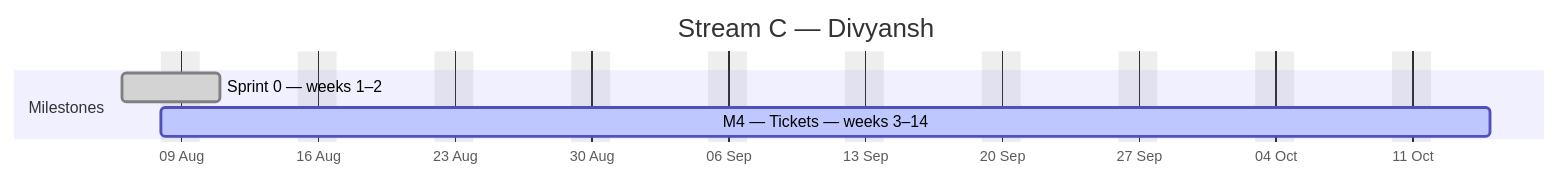
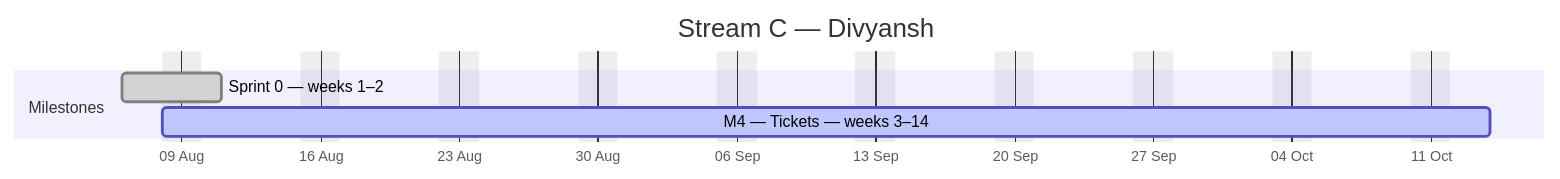
One commit to debashisedunext/EduTrack changed the third of 4 diagrams in docs/plan/GANTT.md. Above: the diagram before and after it, drawn with Mermaid. The commit also changed other lines of this file and 3 other files, not shown here.

````diff
--- a/docs/plan/GANTT.md
+++ b/docs/plan/GANTT.md
@@ -136,10 +136,10 @@
 ```mermaid
 gantt
     dateFormat YYYY-MM-DD
     axisFormat %d %b
     title Stream C — Divyansh
     excludes weekends
     section Milestones
     Sprint 0 — weeks 1–2 :done, c0, 2026-08-06, 3d
-    M4 — Tickets — weeks 3–14 :active, c1, 2026-08-08, 49d
+    M4 — Tickets — weeks 3–14 :active, c1, 2026-08-08, 48d
 ```
````
